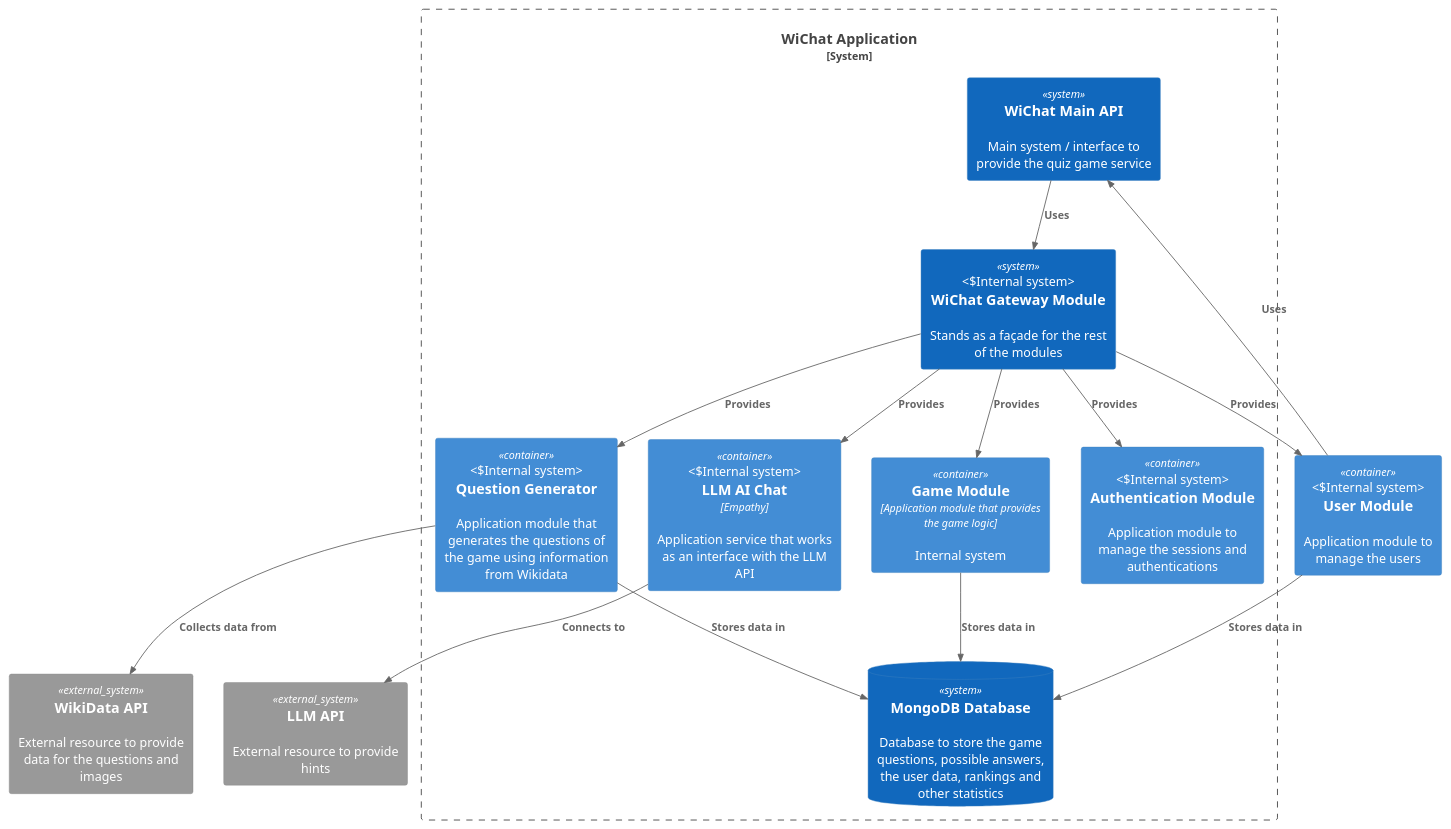
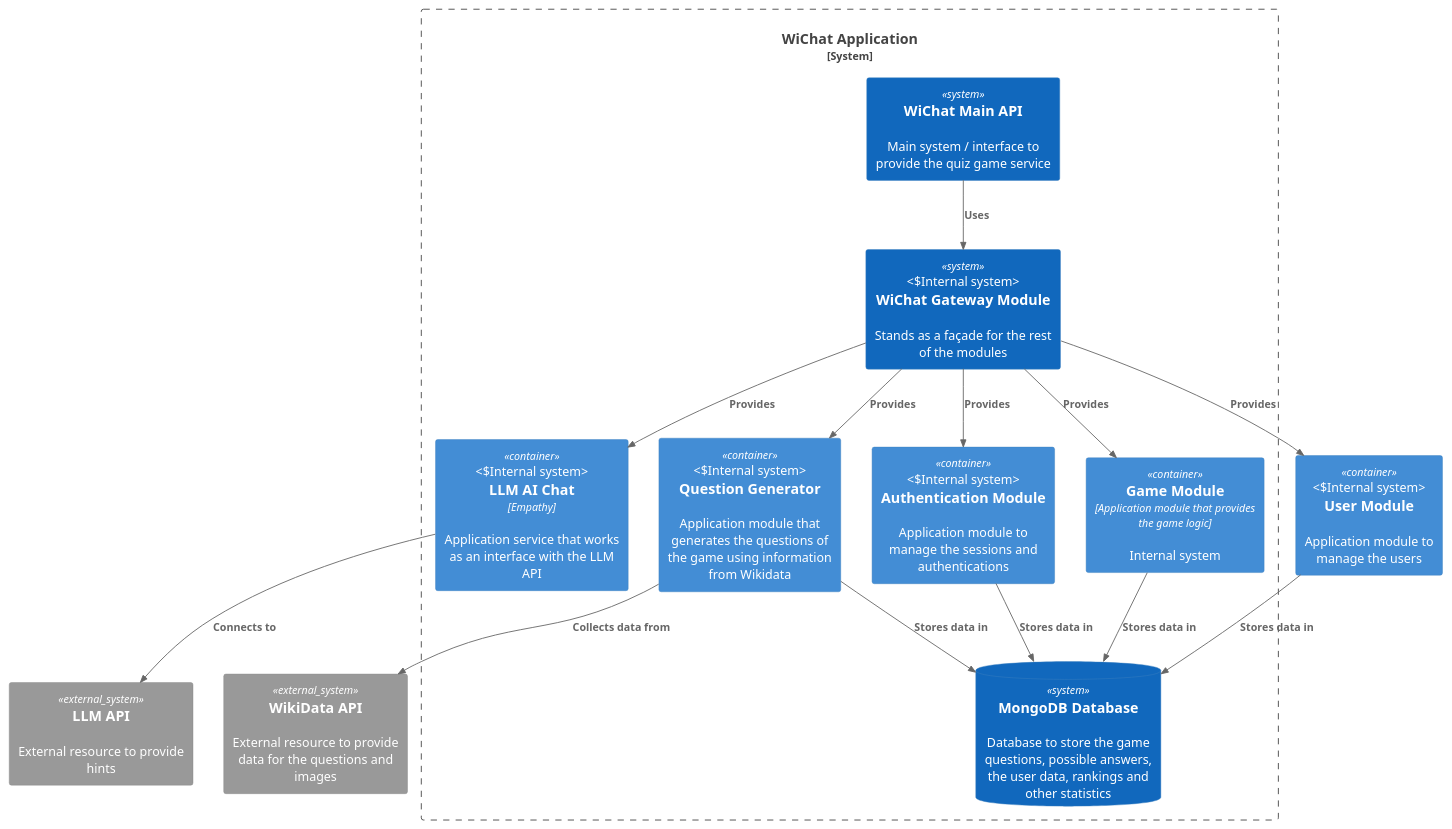
Before and after one commit to Arquisoft/wichat_en1a: the diagram in docs/src/diagrams/S3_C4_Business_Context_Diagram.puml, drawn with PlantUML.

Commit message:
fix lines of the diagram

```diff
--- a/docs/src/diagrams/S3_C4_Business_Context_Diagram.puml
+++ b/docs/src/diagrams/S3_C4_Business_Context_Diagram.puml
@@ -1,33 +1,34 @@
 @startuml C4_Business_Context_Diagram
 !include <C4/C4_Container>
 
 top to bottom direction
 
 Person(user, "User")
 System_Boundary(quizGame, "WiChat Application") {
     System(wichat, "WiChat Main API", "Main system / interface to provide the quiz game service")
     System(gateway, "WiChat Gateway Module", "Stands as a façade for the rest of the modules", "Internal system")
     Container(llmChat, "LLM AI Chat", "Empathy", "Application service that works as an interface with the LLM API", "Internal system")
     Container(auth, "Authentication Module", "", "Application module to manage the sessions and authentications", "Internal system")
     Container(user, "User Module", "", "Application module to manage the users", "Internal system")
     Container(gameService, "Game Module", "Application module that provides the game logic", "Internal system")
     Container(questionGen, "Question Generator", "", "Application module that generates the questions of the game using information from Wikidata", "Internal system")
     SystemDb(mongodb, "MongoDB Database", "Database to store the game questions, possible answers, the user data, rankings and other statistics")    
 }
 System_Ext(wikidata, "WikiData API", "External resource to provide data for the questions and images")
 System_Ext(llm, "LLM API", "External resource to provide hints")
 
-Rel(user, wichat, "Uses")
+
 Rel(wichat, gateway, "Uses")
 Rel(gateway, llmChat, "Provides")
 Rel(gateway, auth, "Provides")
 Rel(gateway, user, "Provides")
 Rel(gateway, questionGen, "Provides")
 Rel(gateway, gameService, "Provides")
 Rel(llmChat, llm, "Connects to")
 Rel(user, mongodb, "Stores data in")
+Rel(auth, mongodb, "Stores data in")
 Rel(questionGen, mongodb, "Stores data in")
 Rel(gameService, mongodb, "Stores data in")
 Rel(questionGen, wikidata, "Collects data from")
 
 @enduml
```
